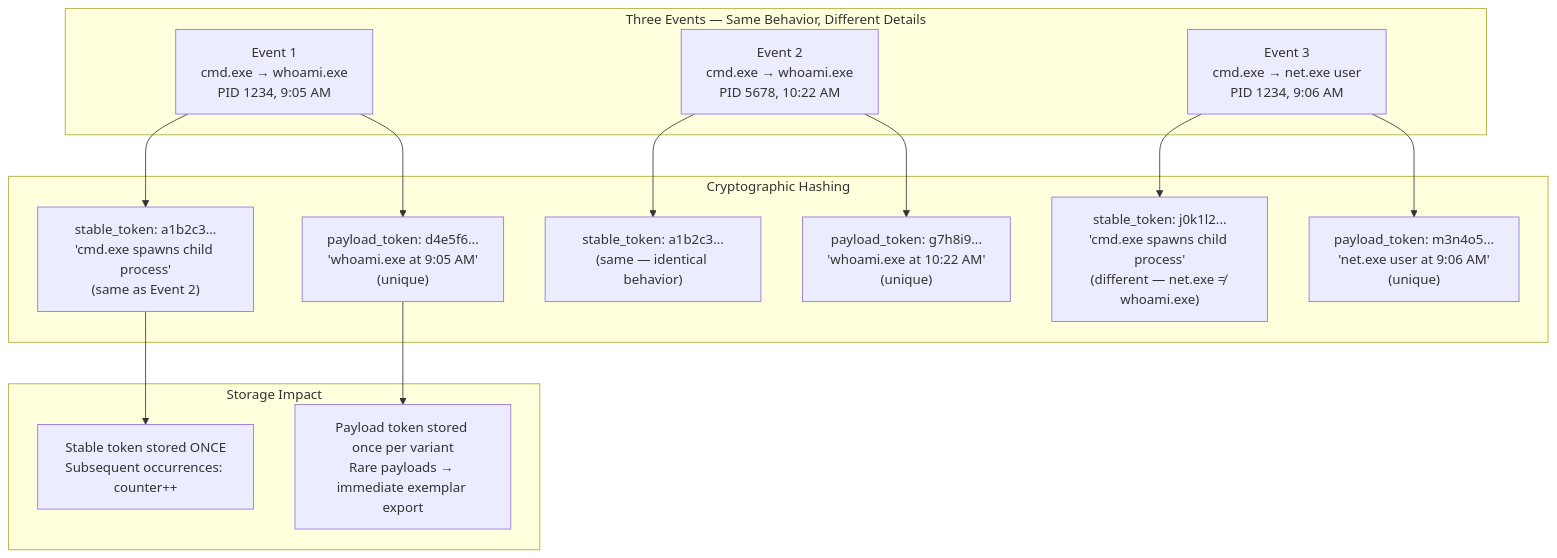
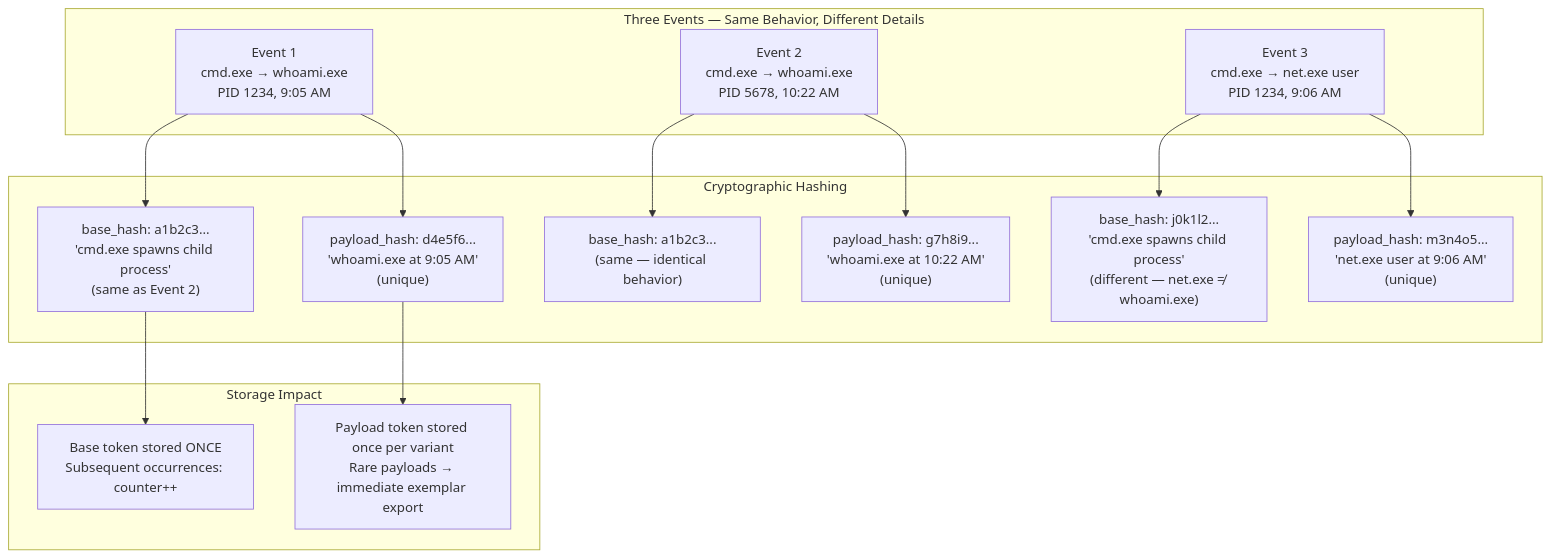
Before and after one commit to LongHorizons/WindOH: the second of 8 diagrams in LongHorizons/README.md, drawn with Mermaid. The commit also changed other lines of this file and 7 other files, not shown here.

````diff
--- a/LongHorizons/README.md
+++ b/LongHorizons/README.md
@@ -53,24 +55,24 @@
 ```mermaid
 flowchart TD
     subgraph Events["Three Events — Same Behavior, Different Details"]
         E1["Event 1\ncmd.exe → whoami.exe\nPID 1234, 9:05 AM"]
         E2["Event 2\ncmd.exe → whoami.exe\nPID 5678, 10:22 AM"]
         E3["Event 3\ncmd.exe → net.exe user\nPID 1234, 9:06 AM"]
     end
 
     subgraph Tokens["Cryptographic Hashing"]
-        E1 --> S1["stable_token: a1b2c3...\n'cmd.exe spawns child process'\n(same as Event 2)"]
-        E1 --> P1["payload_token: d4e5f6...\n'whoami.exe at 9:05 AM'\n(unique)"]
+        E1 --> S1["base_hash: a1b2c3...\n'cmd.exe spawns child process'\n(same as Event 2)"]
+        E1 --> P1["payload_hash: d4e5f6...\n'whoami.exe at 9:05 AM'\n(unique)"]
 
-        E2 --> S2["stable_token: a1b2c3...\n(same — identical behavior)"]
-        E2 --> P2["payload_token: g7h8i9...\n'whoami.exe at 10:22 AM'\n(unique)"]
+        E2 --> S2["base_hash: a1b2c3...\n(same — identical behavior)"]
+        E2 --> P2["payload_hash: g7h8i9...\n'whoami.exe at 10:22 AM'\n(unique)"]
 
-        E3 --> S3["stable_token: j0k1l2...\n'cmd.exe spawns child process'\n(different — net.exe ≠ whoami.exe)"]
-        E3 --> P3["payload_token: m3n4o5...\n'net.exe user at 9:06 AM'\n(unique)"]
+        E3 --> S3["base_hash: j0k1l2...\n'cmd.exe spawns child process'\n(different — net.exe ≠ whoami.exe)"]
+        E3 --> P3["payload_hash: m3n4o5...\n'net.exe user at 9:06 AM'\n(unique)"]
     end
 
     subgraph Storage["Storage Impact"]
-        S1 --> STORE["Stable token stored ONCE\nSubsequent occurrences: counter++"]
+        S1 --> STORE["Base token stored ONCE\nSubsequent occurrences: counter++"]
         P1 --> STORE2["Payload token stored once per variant\nRare payloads → immediate exemplar export"]
     end
 ```
````
